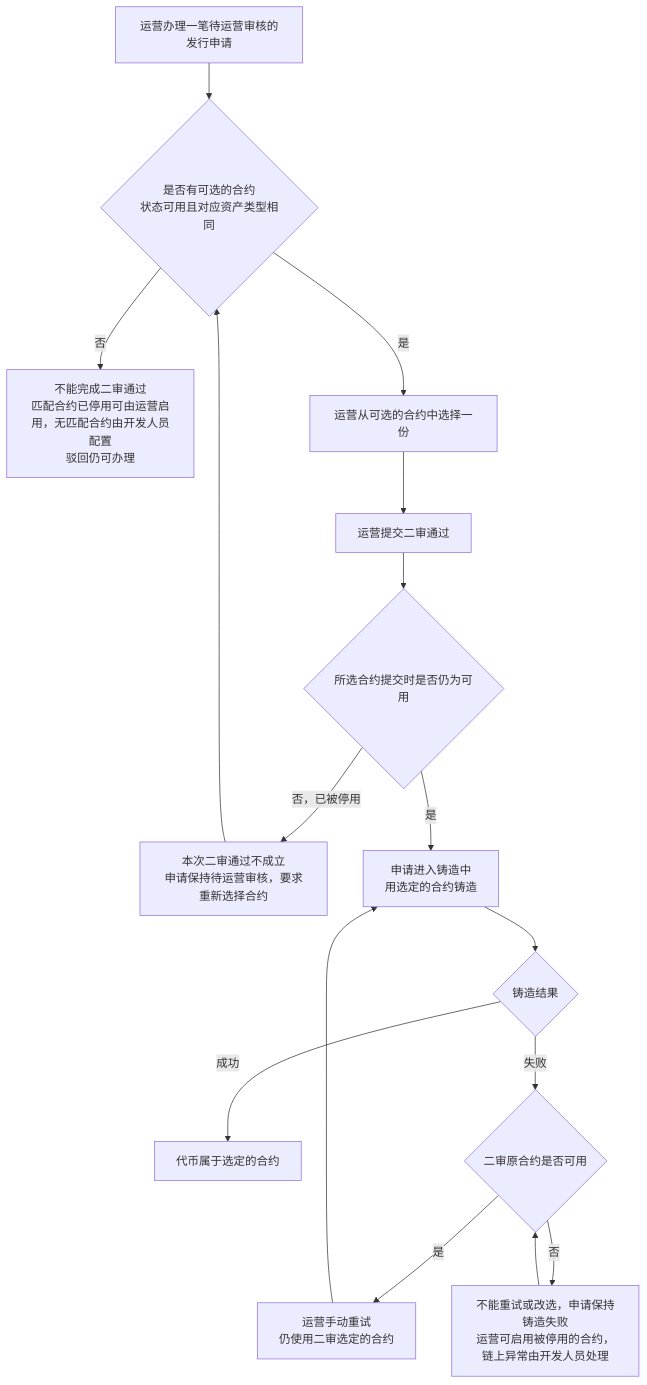
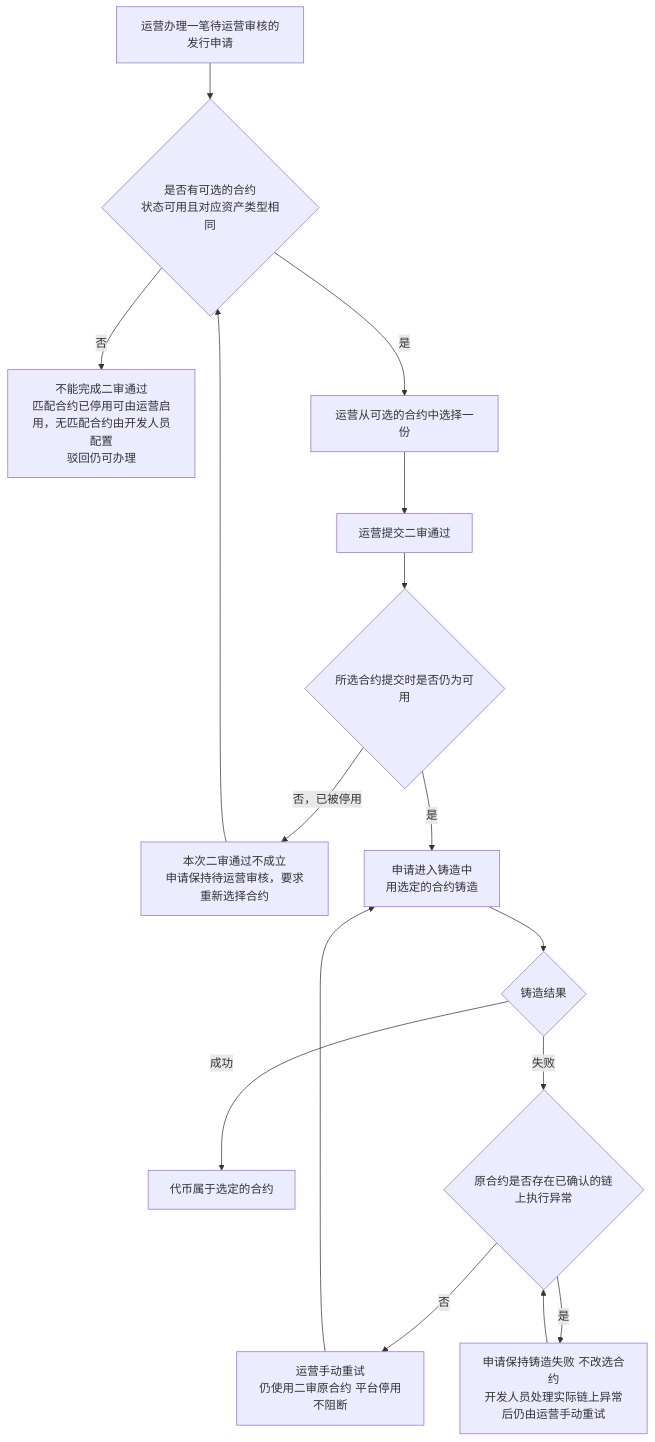
The second of 4 diagrams in token-issuance-platform/PRD/v1.0-合约管理-流程图与状态机.md (wxblockchain/Chain-Financing), drawn with Mermaid before and after one commit. The commit also changed other lines of this file and 13 other files, not shown here.

````diff
--- a/token-issuance-platform/PRD/v1.0-合约管理-流程图与状态机.md
+++ b/token-issuance-platform/PRD/v1.0-合约管理-流程图与状态机.md
@@ -38,18 +38,18 @@
 ```mermaid
 flowchart TD
     A[运营办理一笔待运营审核的发行申请] --> B{是否有可选的合约<br/>状态可用且对应资产类型相同}
     B -->|否| B1[不能完成二审通过<br/>匹配合约已停用可由运营启用，无匹配合约由开发人员配置<br/>驳回仍可办理]
     B -->|是| C[运营从可选的合约中选择一份]
     C --> D[运营提交二审通过]
     D --> E{所选合约提交时是否仍为可用}
     E -->|否，已被停用| E1[本次二审通过不成立<br/>申请保持待运营审核，要求重新选择合约]
     E1 --> B
     E -->|是| F[申请进入铸造中<br/>用选定的合约铸造]
     F --> G{铸造结果}
     G -->|成功| H[代币属于选定的合约]
-    G -->|失败| I{二审原合约是否可用}
-    I -->|是| J[运营手动重试<br/>仍使用二审选定的合约]
+    G -->|失败| I{原合约是否存在已确认的链上执行异常}
+    I -->|否| J[运营手动重试<br/>仍使用二审原合约 平台停用不阻断]
     J --> F
-    I -->|否| K[不能重试或改选，申请保持铸造失败<br/>运营可启用被停用的合约，链上异常由开发人员处理]
+    I -->|是| K[申请保持铸造失败 不改选合约<br/>开发人员处理实际链上异常后仍由运营手动重试]
     K --> I
 ```
````
